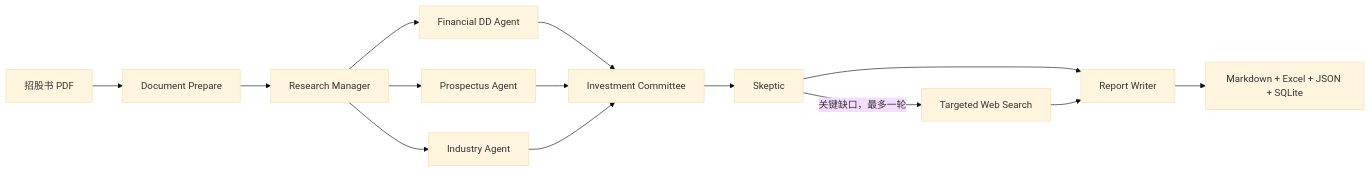
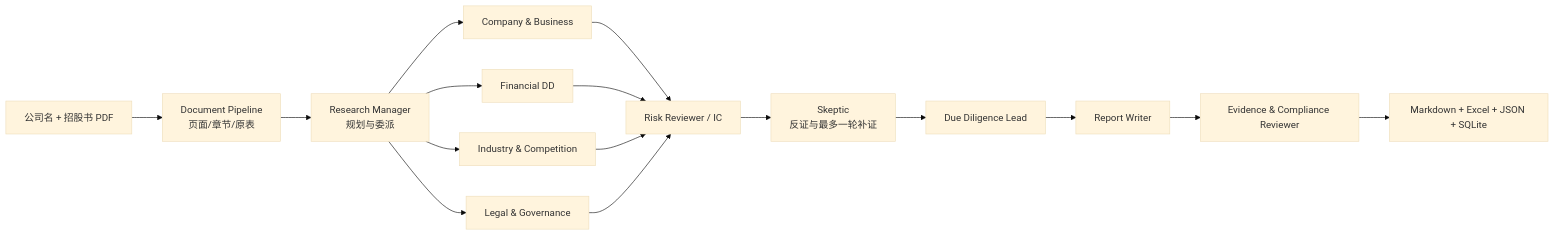
One commit to alexa0030/IPO-Multi-Agent changed the diagram in README.md. Above: the diagram before and after it, drawn with Mermaid (base theme). The commit also changed other lines of this file and 16 other files, not shown here.

````diff
--- a/README.md
+++ b/README.md
@@ -19,16 +9,18 @@
 ```mermaid
 flowchart LR
-    PDF["招股书 PDF"] --> DP["Document Prepare"]
-    DP --> RM["Research Manager"]
-    RM --> FA["Financial DD Agent"]
-    RM --> PA["Prospectus Agent"]
-    RM --> IA["Industry Agent"]
-    FA --> IC["Investment Committee"]
-    PA --> IC
-    IA --> IC
-    IC --> SK["Skeptic"]
-    SK -->|"关键缺口，最多一轮"| WS["Targeted Web Search"]
-    SK --> RW["Report Writer"]
-    WS --> RW
-    RW --> OUT["Markdown + Excel + JSON + SQLite"]
+    PDF["公司名 + 招股书 PDF"] --> DOC["Document Pipeline\n页面/章节/原表"]
+    DOC --> PM["Research Manager\n规划与委派"]
+    PM --> C["Company & Business"]
+    PM --> F["Financial DD"]
+    PM --> I["Industry & Competition"]
+    PM --> L["Legal & Governance"]
+    C --> IC["Risk Reviewer / IC"]
+    F --> IC
+    I --> IC
+    L --> IC
+    IC --> S["Skeptic\n反证与最多一轮补证"]
+    S --> DDL["Due Diligence Lead"]
+    DDL --> W["Report Writer"]
+    W --> R["Evidence & Compliance Reviewer"]
+    R --> OUT["Markdown + Excel + JSON + SQLite"]
 ```
````
